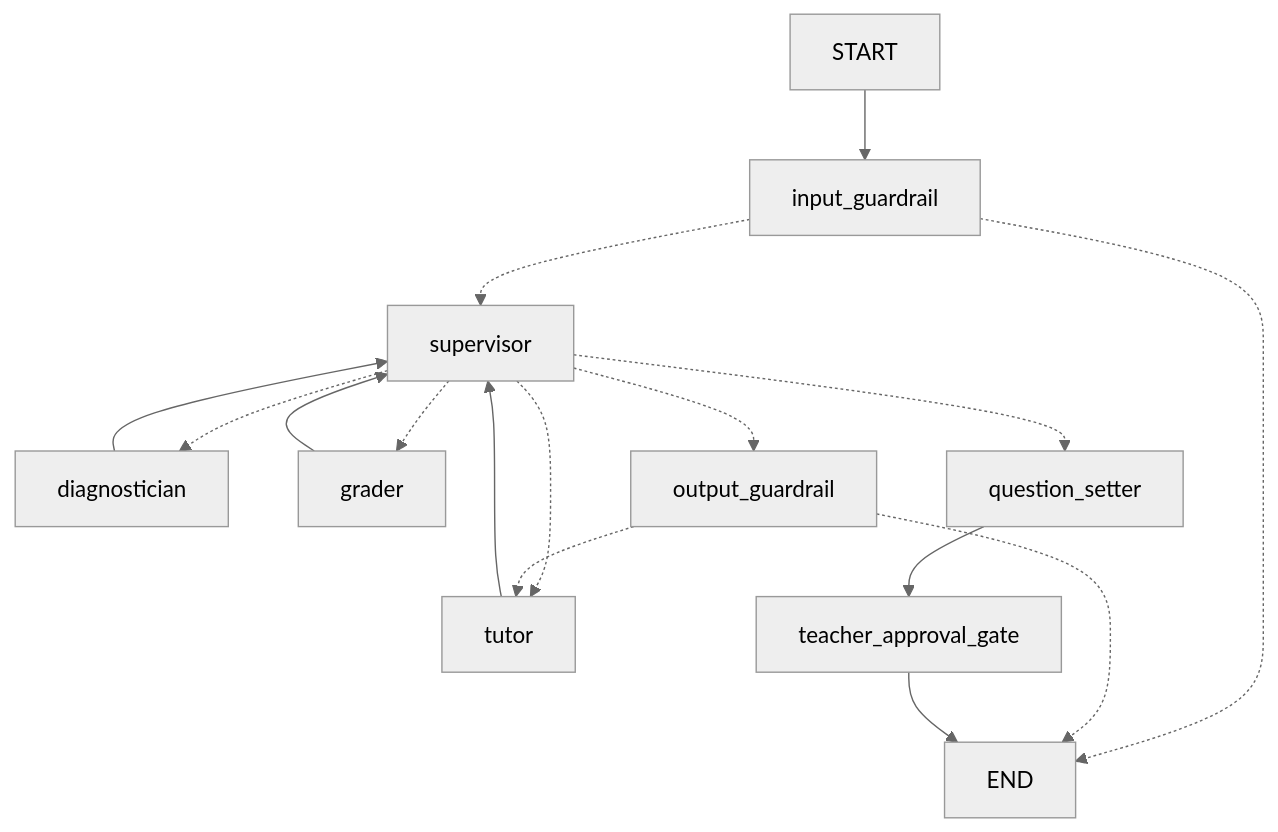
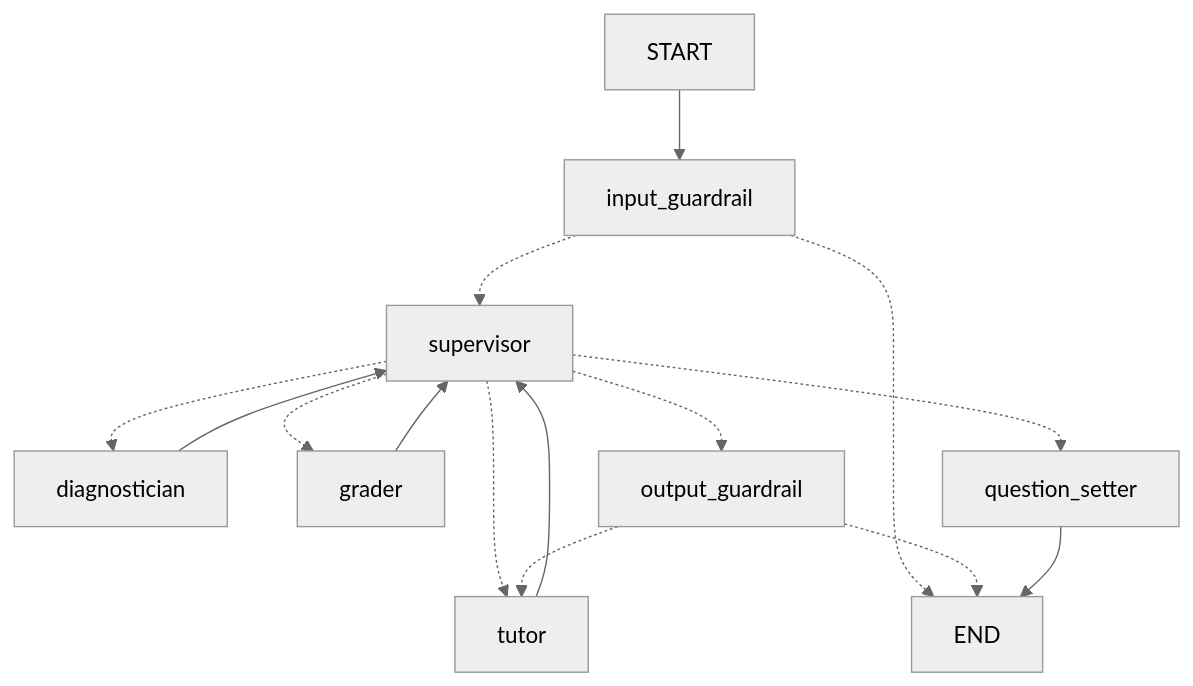
Before and after one commit to jileshl/Socratic: the diagram in README.md, drawn with Mermaid (neutral theme). The commit also changed other lines of this file, not shown here.

Commit message:
README: the approval signing key in the setup line; the graph without its old gate node
R4 plumbing PR-2; team file. question_setter --> END in the diagram (the set waits on the approval gate's own thread), and the web setup line names APPROVAL_SIGNING_KEY and how to make one.

````diff
--- a/README.md
+++ b/README.md
@@ -47,18 +47,17 @@
 ```mermaid
 graph TD
     START --> input_guardrail
     input_guardrail -.-> END
     input_guardrail -.-> supervisor
     supervisor -.-> diagnostician
     supervisor -.-> grader
     supervisor -.-> question_setter
     supervisor -.-> tutor
     supervisor -.-> output_guardrail
     diagnostician --> supervisor
     grader --> supervisor
     tutor --> supervisor
     output_guardrail -.-> tutor
     output_guardrail -.-> END
-    question_setter --> teacher_approval_gate
-    teacher_approval_gate --> END
+    question_setter --> END
 ```
````
